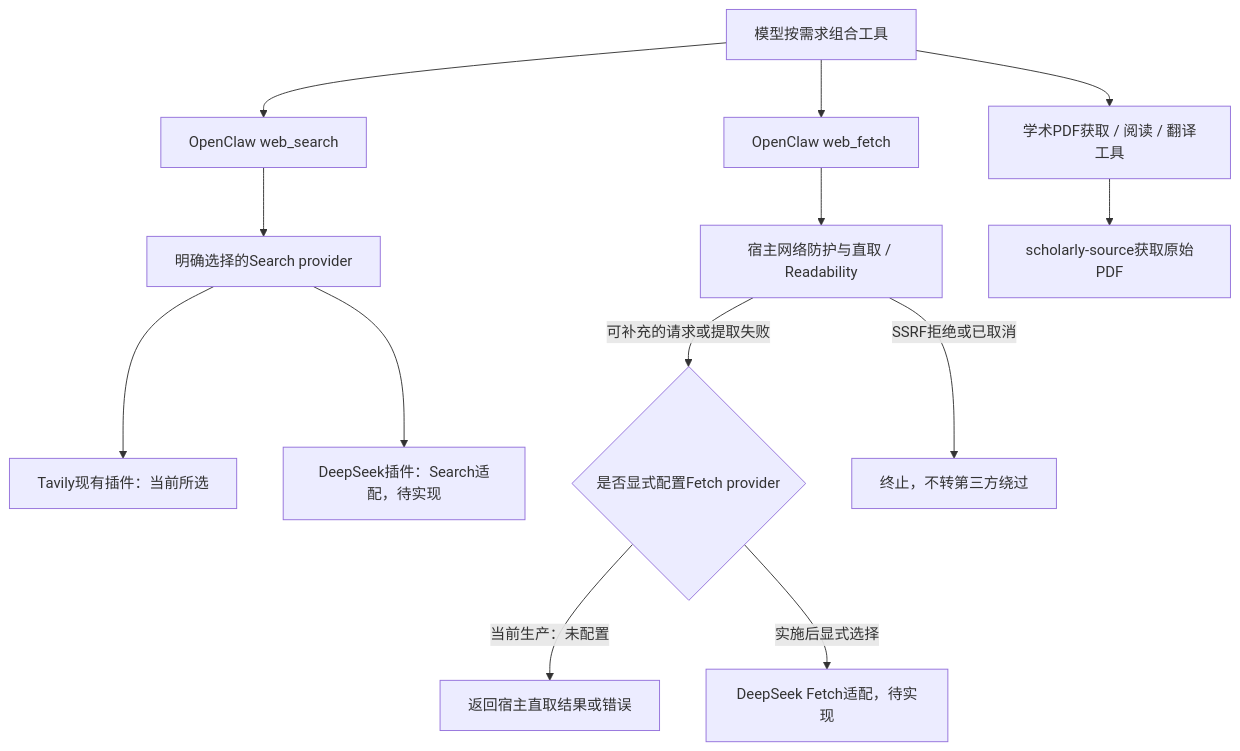
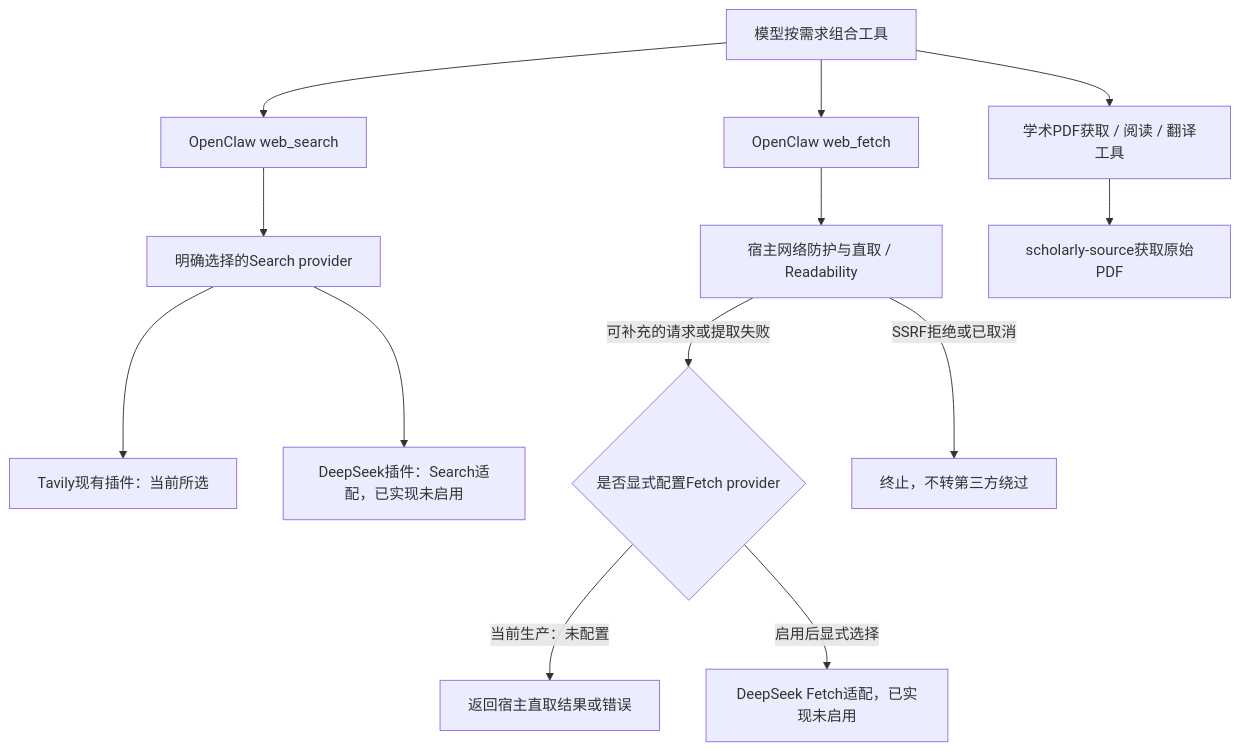
One commit to zsh-afrangry/MyBot changed the diagram in docs/26_基础能力插件边界整理与检索接入设计.md. Above: the diagram before and after it, drawn with Mermaid. The commit also changed other lines of this file and 13 other files, not shown here.

First line of the commit message:
feat(web-deepseek): DeepSeek Search/Fetch providers, offline only (E3)

````diff
--- a/docs/26_基础能力插件边界整理与检索接入设计.md
+++ b/docs/26_基础能力插件边界整理与检索接入设计.md
@@ -24,15 +25,15 @@
 ```mermaid
 flowchart TD
   M[模型按需求组合工具] --> S[OpenClaw web_search]
   M --> F[OpenClaw web_fetch]
   S --> SP[明确选择的Search provider]
   SP --> T[Tavily现有插件：当前所选]
-  SP --> DS[DeepSeek插件：Search适配，待实现]
+  SP --> DS[DeepSeek插件：Search适配，已实现未启用]
   F --> H[宿主网络防护与直取 / Readability]
   H -->|可补充的请求或提取失败| FP{是否显式配置Fetch provider}
   FP -->|当前生产：未配置| E[返回宿主直取结果或错误]
-  FP -->|实施后显式选择| DF[DeepSeek Fetch适配，待实现]
+  FP -->|启用后显式选择| DF[DeepSeek Fetch适配，已实现未启用]
   H -->|SSRF拒绝或已取消| X[终止，不转第三方绕过]
   M --> P[学术PDF获取 / 阅读 / 翻译工具]
   P --> PDF[scholarly-source获取原始PDF]
 ```
````
